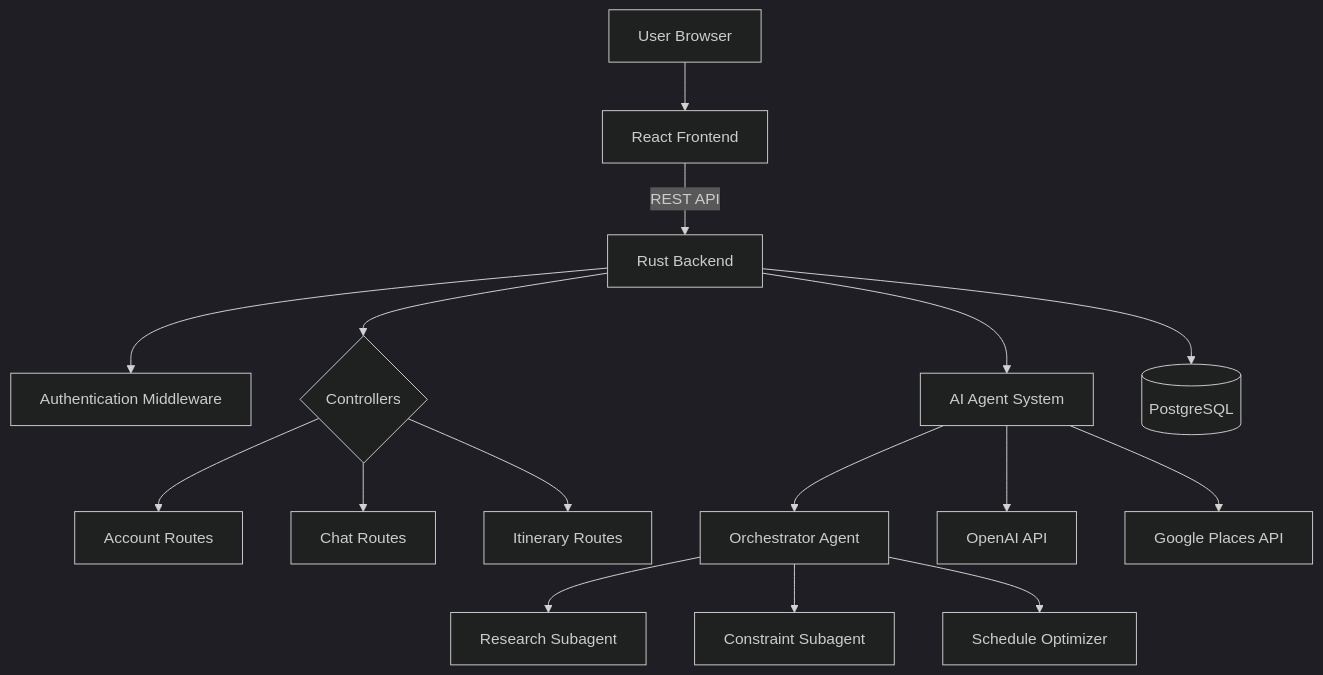
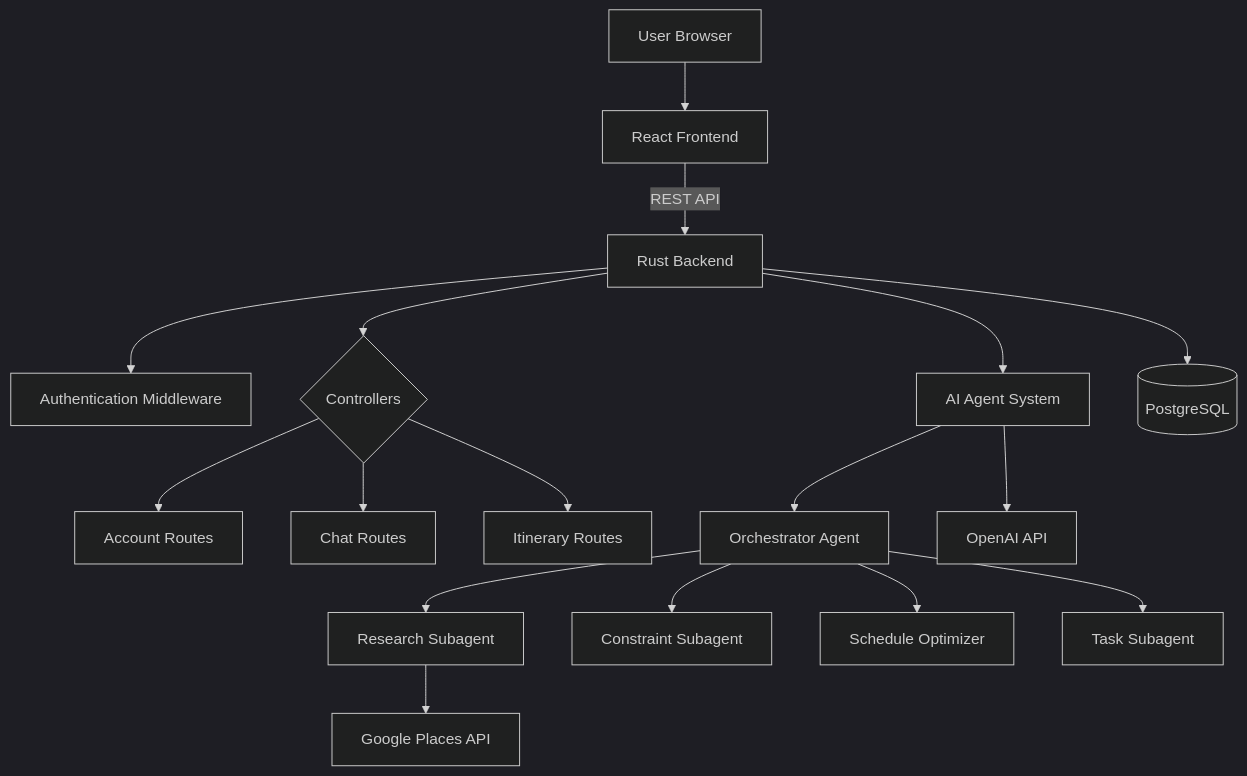
The diagram in README.md (CFdefense/Journey), drawn with Mermaid (dark theme) before and after one commit.

Commit message:
changing arch

````diff
--- a/README.md
+++ b/README.md
@@ -200,20 +200,22 @@
 ```mermaid
 flowchart TB
     User[User Browser] --> Frontend[React Frontend]
     Frontend -->|REST API| Backend[Rust Backend]
     Backend --> Auth[Authentication Middleware]
     Backend --> Controllers{Controllers}
     Controllers --> Account[Account Routes]
     Controllers --> Chat[Chat Routes]
     Controllers --> Itinerary[Itinerary Routes]
    
     Backend --> Agents[AI Agent System]
     Agents --> Orchestrator[Orchestrator Agent]
     Orchestrator --> Research[Research Subagent]
     Orchestrator --> Constraint[Constraint Subagent]
     Orchestrator --> Optimizer[Schedule Optimizer]
+    Orchestrator --> Task[Task Subagent]
    
+    Research --> GooglePlaces[Google Places API]    
     Backend --> DB[(PostgreSQL)]
     Agents --> OpenAI[OpenAI API]
-    Agents --> GooglePlaces[Google Places API]
+    
 ```
````
